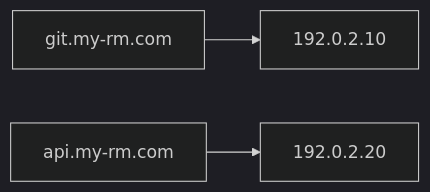
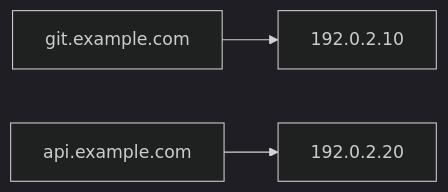
Diagram 17 of 28 in DevOps/NaNa/Linux/6. Networking Fundamentals.md (RyanM-Dev/My-Summery), drawn with Mermaid (dark theme) before and after one commit. The commit also changed other lines of this file and 25 other files, not shown here.

````diff
--- a/DevOps/NaNa/Linux/6. Networking Fundamentals.md
+++ b/DevOps/NaNa/Linux/6. Networking Fundamentals.md
@@ -1055,9 +1055,9 @@
 ```mermaid
 flowchart LR
-    N0["git.my-rm.com"]
+    N0["git.example.com"]
     N1["192.0.2.10"]
-    N2["api.my-rm.com"]
+    N2["api.example.com"]
     N3["192.0.2.20"]
     N0 --> N1
     N2 --> N3
 ```
````
